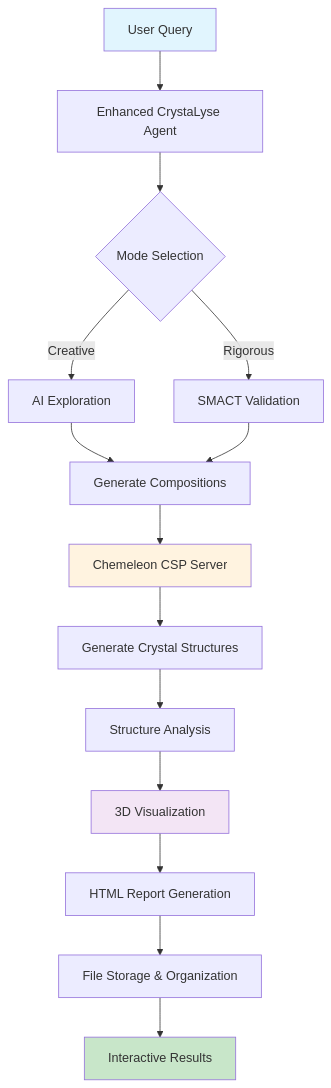
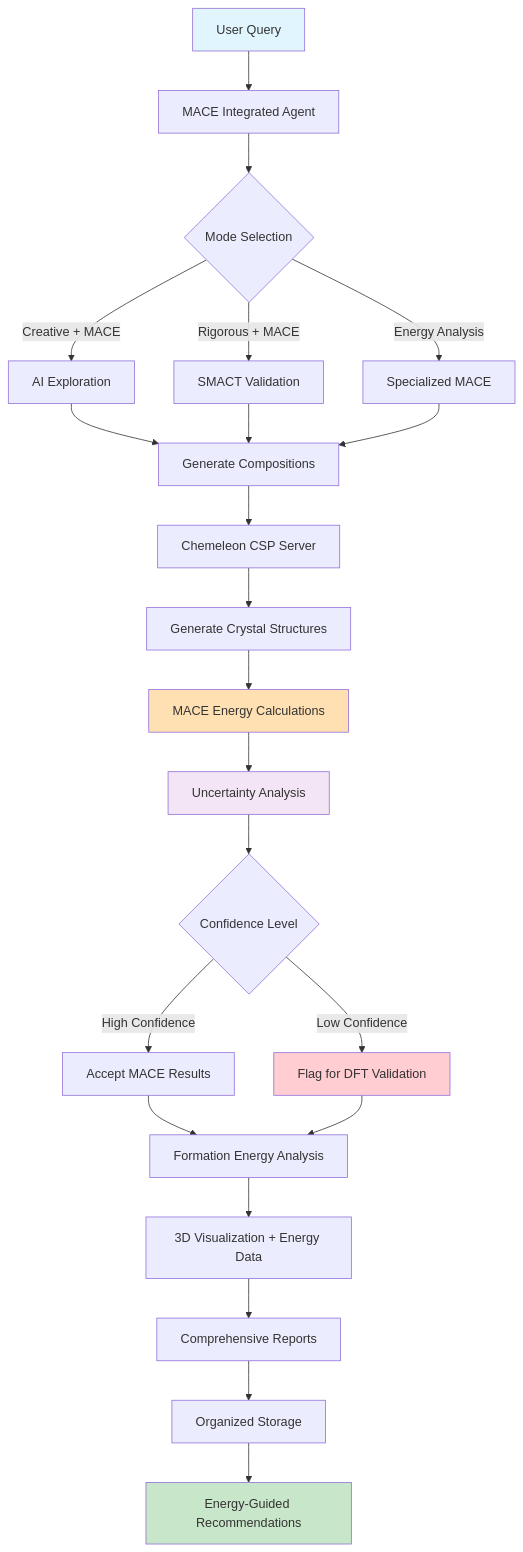
One commit to KevinTang52/CrystaLyse.AI changed the diagram in README.md. Above: the diagram before and after it, drawn with Mermaid. The commit also changed other lines of this file and 13 other files, not shown here.

````diff
--- a/README.md
+++ b/README.md
@@ -261,21 +333,30 @@
 ```mermaid
 graph TD
-    A[User Query] --> B[Enhanced CrystaLyse Agent]
+    A[User Query] --> B[MACE Integrated Agent]
     B --> C{Mode Selection}
-    C -->|Creative| D[AI Exploration]
-    C -->|Rigorous| E[SMACT Validation]
-    D --> F[Generate Compositions]
-    E --> F
-    F --> G[Chemeleon CSP Server]
-    G --> H[Generate Crystal Structures]
-    H --> I[Structure Analysis]
-    I --> J[3D Visualization]
-    J --> K[HTML Report Generation]
-    K --> L[File Storage & Organization]
-    L --> M[Interactive Results]
+    C -->|Creative + MACE| D[AI Exploration]
+    C -->|Rigorous + MACE| E[SMACT Validation] 
+    C -->|Energy Analysis| F[Specialized MACE]
+    D --> G[Generate Compositions]
+    E --> G
+    F --> G
+    G --> H[Chemeleon CSP Server]
+    H --> I[Generate Crystal Structures]
+    I --> J[MACE Energy Calculations]
+    J --> K[Uncertainty Analysis]
+    K --> L{Confidence Level}
+    L -->|High Confidence| M[Accept MACE Results]
+    L -->|Low Confidence| N[Flag for DFT Validation]
+    M --> O[Formation Energy Analysis]
+    N --> O
+    O --> P[3D Visualization + Energy Data]
+    P --> Q[Comprehensive Reports]
+    Q --> R[Organized Storage]
+    R --> S[Energy-Guided Recommendations]
     
     style A fill:#e1f5fe
-    style M fill:#c8e6c9
-    style G fill:#fff3e0
-    style J fill:#f3e5f5
+    style S fill:#c8e6c9
+    style J fill:#ffe0b2
+    style K fill:#f3e5f5
+    style N fill:#ffcdd2
 ```
````
